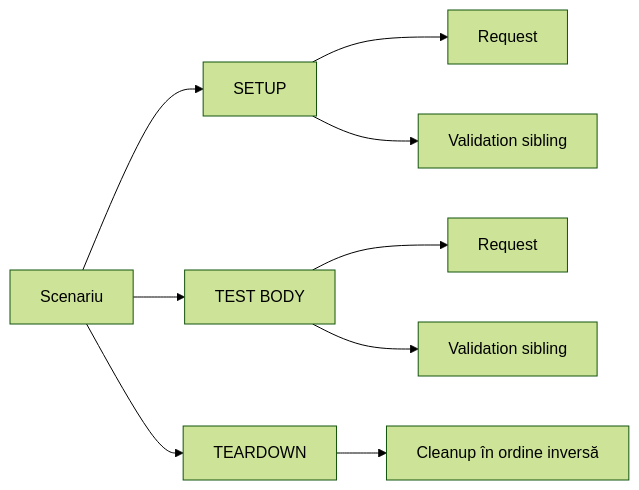
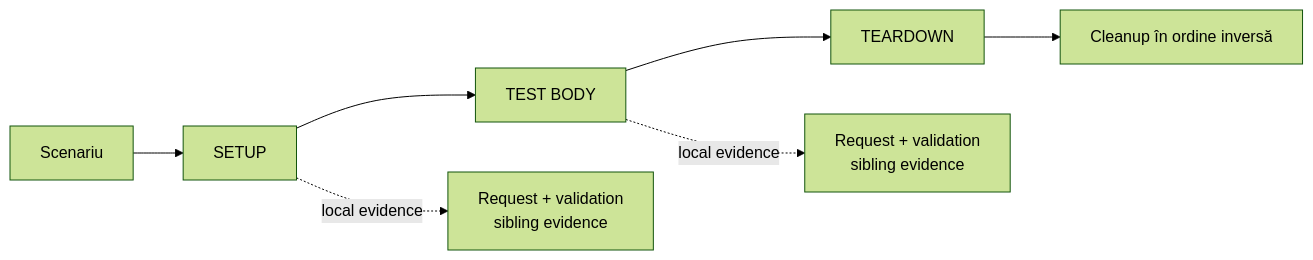
The eighth of 9 diagrams in docs/ATF_Architecture.md (crististefanita/demo2), drawn with Mermaid (forest theme) before and after one commit. The commit also changed other lines of this file and 107 other files, not shown here.

````diff
--- a/docs/ATF_Architecture.md
+++ b/docs/ATF_Architecture.md
@@ -564,11 +544,9 @@
 ```mermaid
 flowchart LR
     Scenario[Scenariu] --> Setup[SETUP]
-    Scenario --> Body[TEST BODY]
-    Scenario --> Teardown[TEARDOWN]
-    Setup --> SR[Request]
-    Setup --> SV[Validation sibling]
-    Body --> BR[Request]
-    Body --> BV[Validation sibling]
+    Setup --> Body[TEST BODY]
+    Body --> Teardown[TEARDOWN]
     Teardown --> Cleanup[Cleanup în ordine inversă]
+    Setup -. local evidence .-> SetupEvidence[Request + validation<br/>sibling evidence]
+    Body -. local evidence .-> BodyEvidence[Request + validation<br/>sibling evidence]
 ```
````
